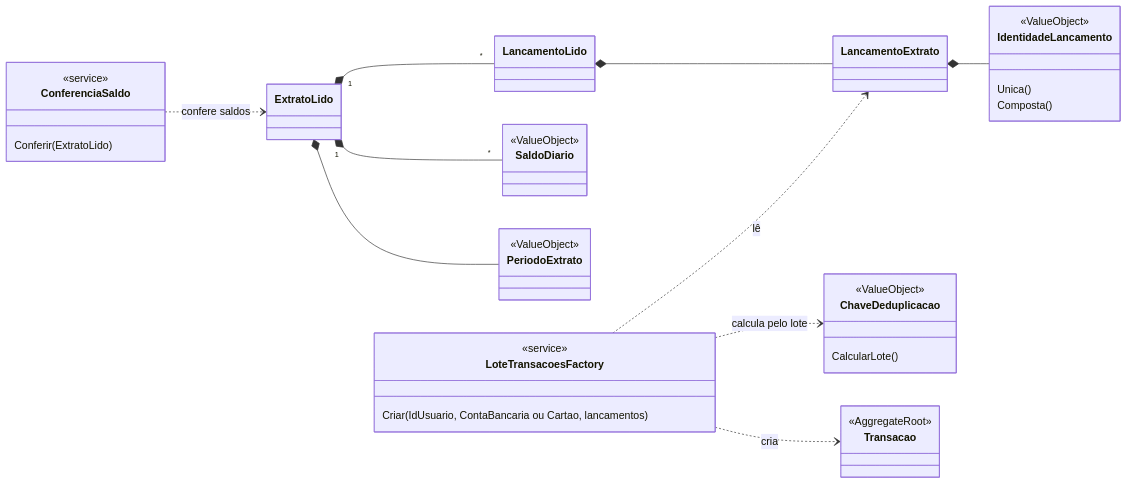
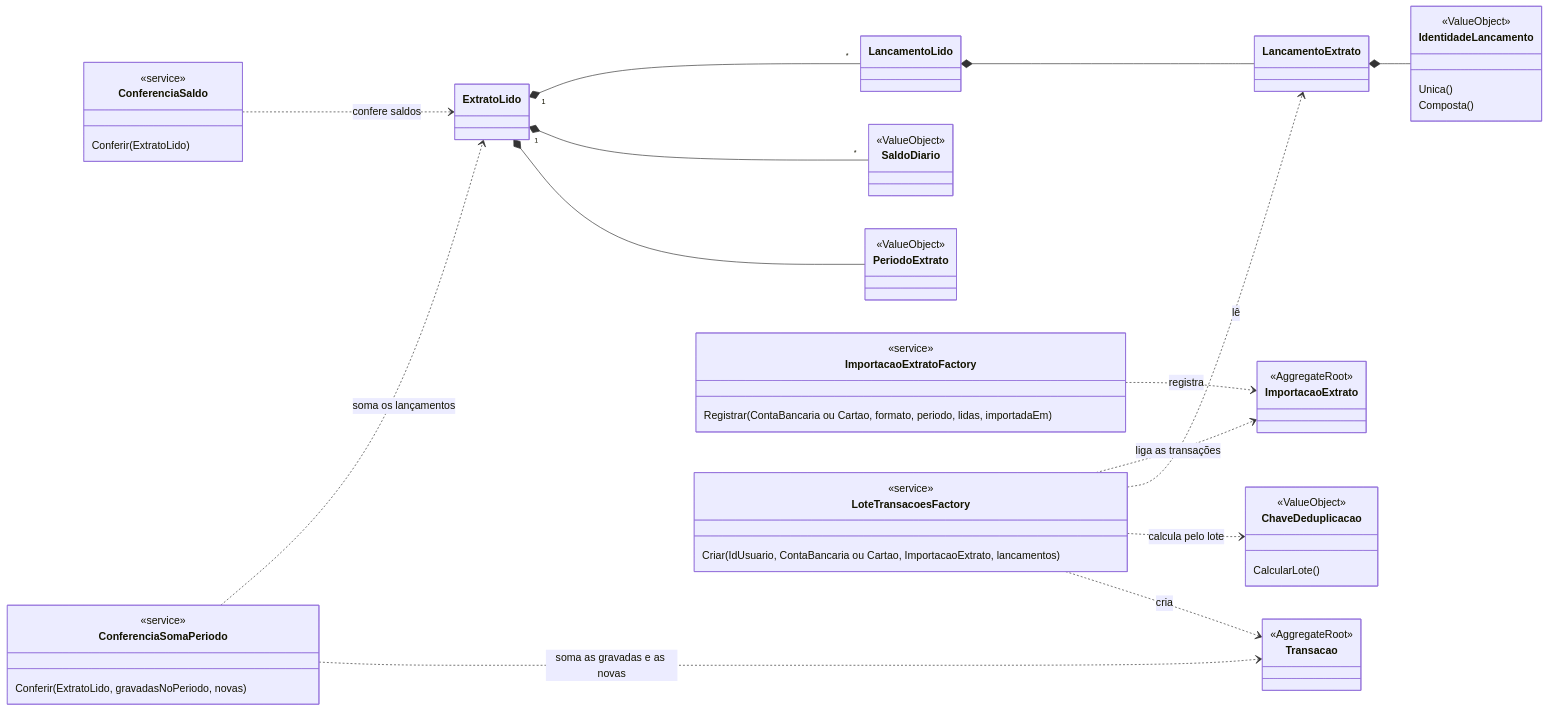
Before and after one commit to humbertosampaio/controle-financeiro: the second of 2 diagrams in docs/modelo-de-dominio.md, drawn with Mermaid. The commit also changed other lines of this file and 2 other files, not shown here.

Commit message:
docs(dominio): Registra a importação como exceção de um agregado por transação
O guia de padrões passa a aceitar vários agregados novos nascidos do
mesmo fato num commit só, restringe a proibição a agregado de outro tipo
nos métodos de um agregado e inclui a transação e a importação entre os
agregados com IdUsuario. O modelo de domínio ganha as ligações com o
usuário e com a importação, a ImportacaoExtratoFactory e a
ConferenciaSomaPeriodo. O guia de testes ganha o AutoData privado da
classe e o ThrowExactly.

Refs #47

````diff
--- a/docs/modelo-de-dominio.md
+++ b/docs/modelo-de-dominio.md
@@ -147,44 +150,59 @@
 ```mermaid
 classDiagram
     direction LR
 
     class ExtratoLido
     class LancamentoLido
     class LancamentoExtrato
     class IdentidadeLancamento {
         <<ValueObject>>
         Unica()
         Composta()
     }
     class SaldoDiario {
         <<ValueObject>>
     }
     class PeriodoExtrato {
         <<ValueObject>>
     }
     class ChaveDeduplicacao {
         <<ValueObject>>
         CalcularLote()
     }
     class ConferenciaSaldo {
         <<service>>
         Conferir(ExtratoLido)
     }
+    class ConferenciaSomaPeriodo {
+        <<service>>
+        Conferir(ExtratoLido, gravadasNoPeriodo, novas)
+    }
+    class ImportacaoExtratoFactory {
+        <<service>>
+        Registrar(ContaBancaria ou Cartao, formato, periodo, lidas, importadaEm)
+    }
     class LoteTransacoesFactory {
         <<service>>
-        Criar(IdUsuario, ContaBancaria ou Cartao, lancamentos)
+        Criar(IdUsuario, ContaBancaria ou Cartao, ImportacaoExtrato, lancamentos)
+    }
+    class ImportacaoExtrato {
+        <<AggregateRoot>>
     }
     class Transacao {
         <<AggregateRoot>>
     }
 
     ExtratoLido "1" *-- "*" LancamentoLido
     ExtratoLido "1" *-- "*" SaldoDiario
     ExtratoLido *-- PeriodoExtrato
     LancamentoLido *-- LancamentoExtrato
     LancamentoExtrato *-- IdentidadeLancamento
     ConferenciaSaldo ..> ExtratoLido : confere saldos
+    ConferenciaSomaPeriodo ..> ExtratoLido : soma os lançamentos
+    ConferenciaSomaPeriodo ..> Transacao : soma as gravadas e as novas
+    ImportacaoExtratoFactory ..> ImportacaoExtrato : registra
+    LoteTransacoesFactory ..> ImportacaoExtrato : liga as transações
     LoteTransacoesFactory ..> LancamentoExtrato : lê
     LoteTransacoesFactory ..> ChaveDeduplicacao : calcula pelo lote
     LoteTransacoesFactory ..> Transacao : cria
 ```
````
